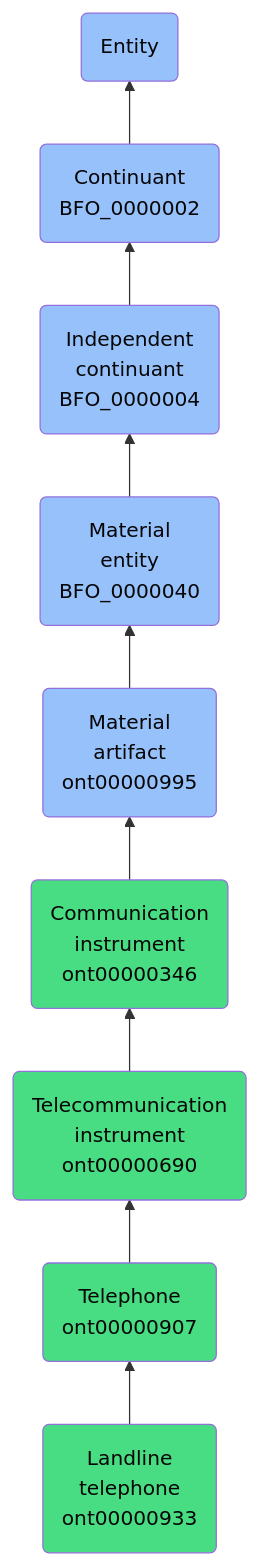
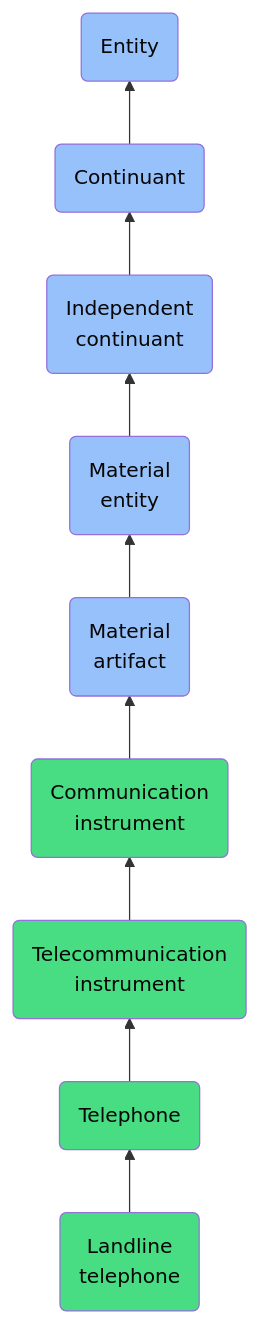
One commit to jupyter-naas/abi changed the diagram in docs/ontology/reference/model/Entity/Continuant/Independent continuant/Material entity/Material artifact/Communication instrument/Telecommunication instrument/Telephone/Landline telephone/Landline telephone.md. Above: the diagram before and after it, drawn with Mermaid. The commit also changed other lines of this file and 1430 other files, not shown here.

````diff
--- a/docs/ontology/reference/model/Entity/Continuant/Independent continuant/Material entity/Material artifact/Communication instrument/Telecommunication instrument/Telephone/Landline telephone/Landline telephone.md
+++ b/docs/ontology/reference/model/Entity/Continuant/Independent continuant/Material entity/Material artifact/Communication instrument/Telecommunication instrument/Telephone/Landline telephone/Landline telephone.md
@@ -24,16 +24,16 @@
 ```mermaid
 graph BT
-    ont00000933(Landline<br>telephone<br>ont00000933):::ABI-->ont00000907
-    ont00000907(Telephone<br>ont00000907):::ABI-->ont00000690
-    ont00000690(Telecommunication<br>instrument<br>ont00000690):::ABI-->ont00000346
-    ont00000346(Communication<br>instrument<br>ont00000346):::ABI-->ont00000995
-    ont00000995(Material<br>artifact<br>ont00000995):::BFO-->BFO_0000040
-    BFO_0000040(Material<br>entity<br>BFO_0000040):::BFO-->BFO_0000004
-    BFO_0000004(Independent<br>continuant<br>BFO_0000004):::BFO-->BFO_0000002
-    BFO_0000002(Continuant<br>BFO_0000002):::BFO-->BFO_0000001
+    ont00000933(Landline<br>telephone):::ABI-->ont00000907
+    ont00000907(Telephone):::ABI-->ont00000690
+    ont00000690(Telecommunication<br>instrument):::ABI-->ont00000346
+    ont00000346(Communication<br>instrument):::ABI-->ont00000995
+    ont00000995(Material<br>artifact):::BFO-->BFO_0000040
+    BFO_0000040(Material<br>entity):::BFO-->BFO_0000004
+    BFO_0000004(Independent<br>continuant):::BFO-->BFO_0000002
+    BFO_0000002(Continuant):::BFO-->BFO_0000001
     BFO_0000001(Entity):::BFO
     
     classDef BFO fill:#97c1fb,color:#060606
     classDef CCO fill:#e4c51e,color:#060606
     classDef ABI fill:#48DD82,color:#060606
 ```
````
